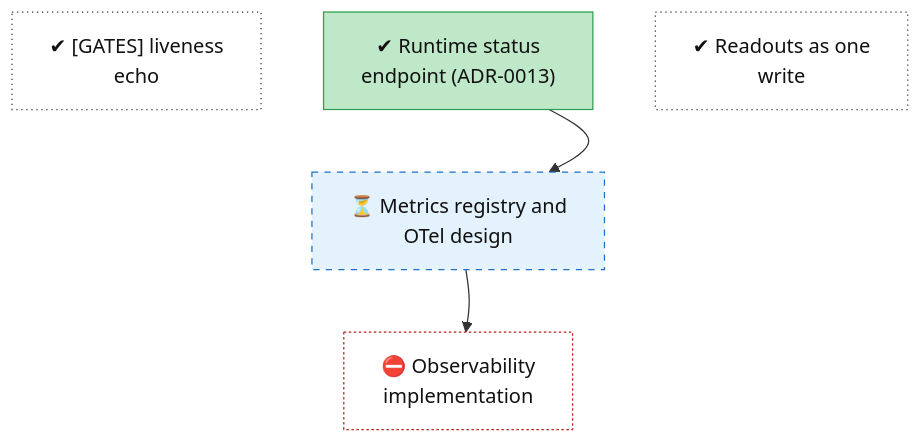
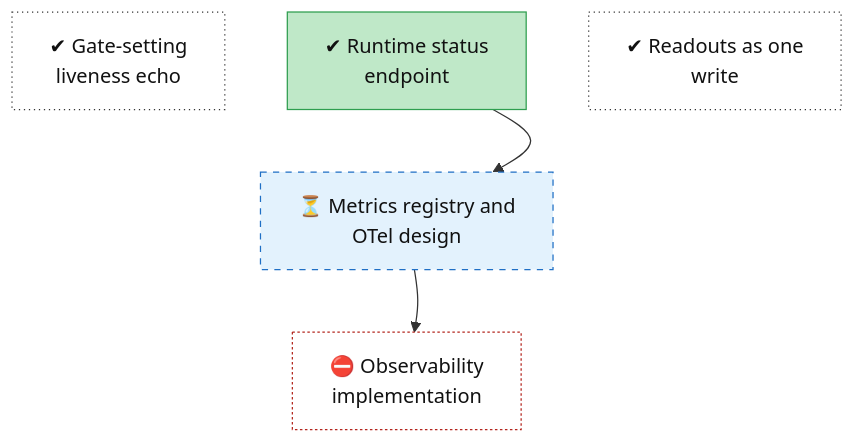
The diagram in docs/roadmap/tracks/obs.md (lhns/raptorpath), drawn with Mermaid before and after one commit. The commit also changed other lines of this file and 13 other files, not shown here.

First line of the commit message:
roadmap: titles without internal codes - no ADR numbers, arm and gate names, test-cell names, plan, lever or phase letters; a removed code with no other record is kept in notes

````diff
--- a/docs/roadmap/tracks/obs.md
+++ b/docs/roadmap/tracks/obs.md
@@ -10,31 +10,31 @@
 ```mermaid
 flowchart TB
-    obs_status_endpoint["✔ Runtime status<br/>endpoint (ADR-0013)"]
-    obs_gates_echo["✔ #91;GATES#93; liveness<br/>echo"]
+    obs_status_endpoint["✔ Runtime status<br/>endpoint"]
+    obs_gates_echo["✔ Gate-setting<br/>liveness echo"]
     obs_readout_macro["✔ Readouts as one<br/>write"]
     obs_otel_design["⏳ Metrics registry and<br/>OTel design"]
     obs_impl["⛔ Observability<br/>implementation"]
     obs_status_endpoint ~~~ obs_otel_design
     obs_gates_echo ~~~ obs_otel_design
     obs_readout_macro ~~~ obs_otel_design
     obs_otel_design ~~~ obs_impl
     obs_status_endpoint --> obs_otel_design
     obs_otel_design --> obs_impl
     classDef vsucc fill:#2e9e4f,stroke:#1b6b34,color:#fff
     classDef succ fill:#bfe8c8,stroke:#2e9e4f,color:#111
     classDef mixed fill:#ffd37a,stroke:#c98a00,color:#111
     classDef bad fill:#f28b82,stroke:#b3261e,color:#111
     classDef dead fill:#e6e6e6,stroke:#777,stroke-dasharray:5 5,color:#555
     classDef inprog fill:#a8cdf5,stroke:#1f6fc5,color:#111
     classDef next fill:#fff,stroke:#333,color:#111
     classDef blocked fill:#fff,stroke:#b3261e,stroke-dasharray:2 2,color:#111
     classDef parked fill:#f3f3f3,stroke:#999,color:#555
     classDef unrated fill:#fff,stroke:#333,stroke-dasharray:1 3,color:#111
     classDef userdec fill:#d9c2f0,stroke:#7b3fb5,color:#111
     classDef defect fill:#ffe0b2,stroke:#d84315,stroke-width:2px,color:#111
     classDef waiting fill:#e3f2fd,stroke:#1f6fc5,stroke-dasharray:5 5,color:#111
     class obs_status_endpoint succ
     class obs_gates_echo,obs_readout_macro unrated
     class obs_otel_design waiting
     class obs_impl blocked
 ```
````
